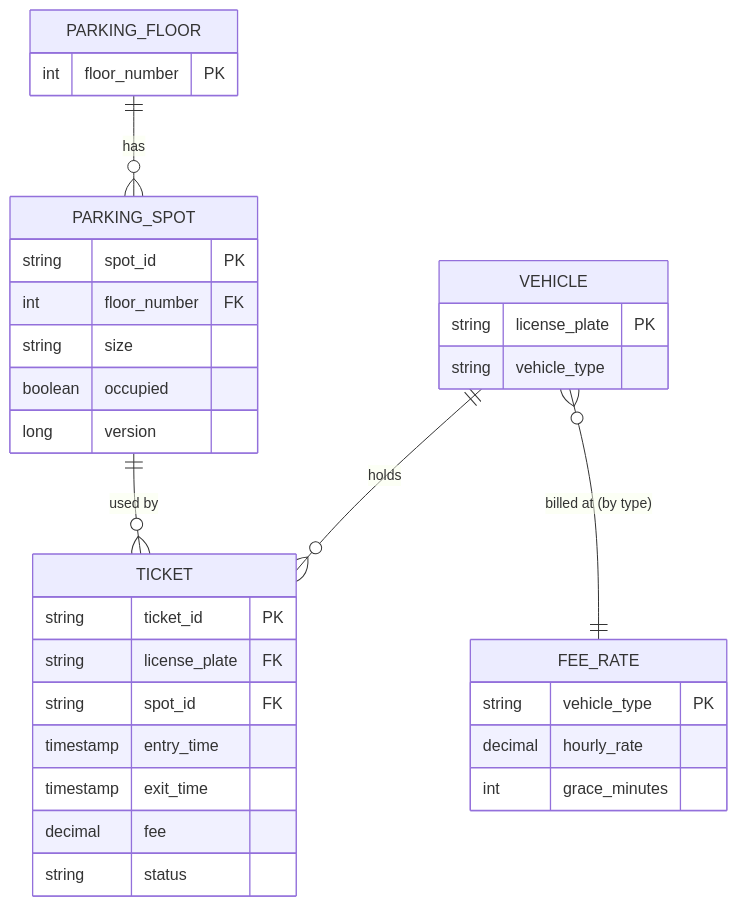
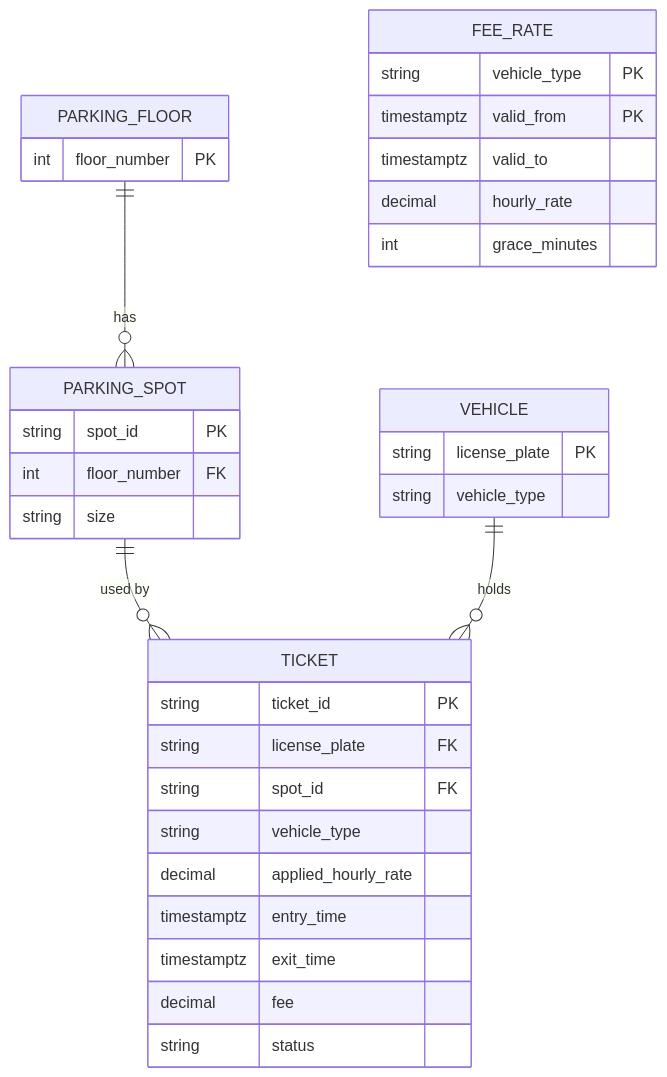
One commit to siddharanjan/ParkingLotSystem changed the eighth of 8 diagrams in docs/FLOWS.md. Above: the diagram before and after it, drawn with Mermaid. The commit also changed other lines of this file and 17 other files, not shown here.

````diff
--- a/docs/FLOWS.md
+++ b/docs/FLOWS.md
@@ -166,34 +184,35 @@
 ```mermaid
 erDiagram
     PARKING_FLOOR ||--o{ PARKING_SPOT : has
     PARKING_SPOT ||--o{ TICKET : "used by"
     VEHICLE ||--o{ TICKET : holds
-    VEHICLE }o--|| FEE_RATE : "billed at (by type)"
 
     PARKING_FLOOR { int floor_number PK }
     PARKING_SPOT {
         string spot_id PK
         int floor_number FK
         string size
-        boolean occupied
-        long version
     }
     VEHICLE {
         string license_plate PK
         string vehicle_type
     }
     TICKET {
         string ticket_id PK
         string license_plate FK
         string spot_id FK
-        timestamp entry_time
-        timestamp exit_time
+        string vehicle_type
+        decimal applied_hourly_rate
+        timestamptz entry_time
+        timestamptz exit_time
         decimal fee
         string status
     }
     FEE_RATE {
         string vehicle_type PK
+        timestamptz valid_from PK
+        timestamptz valid_to
         decimal hourly_rate
         int grace_minutes
     }
 ```
````
